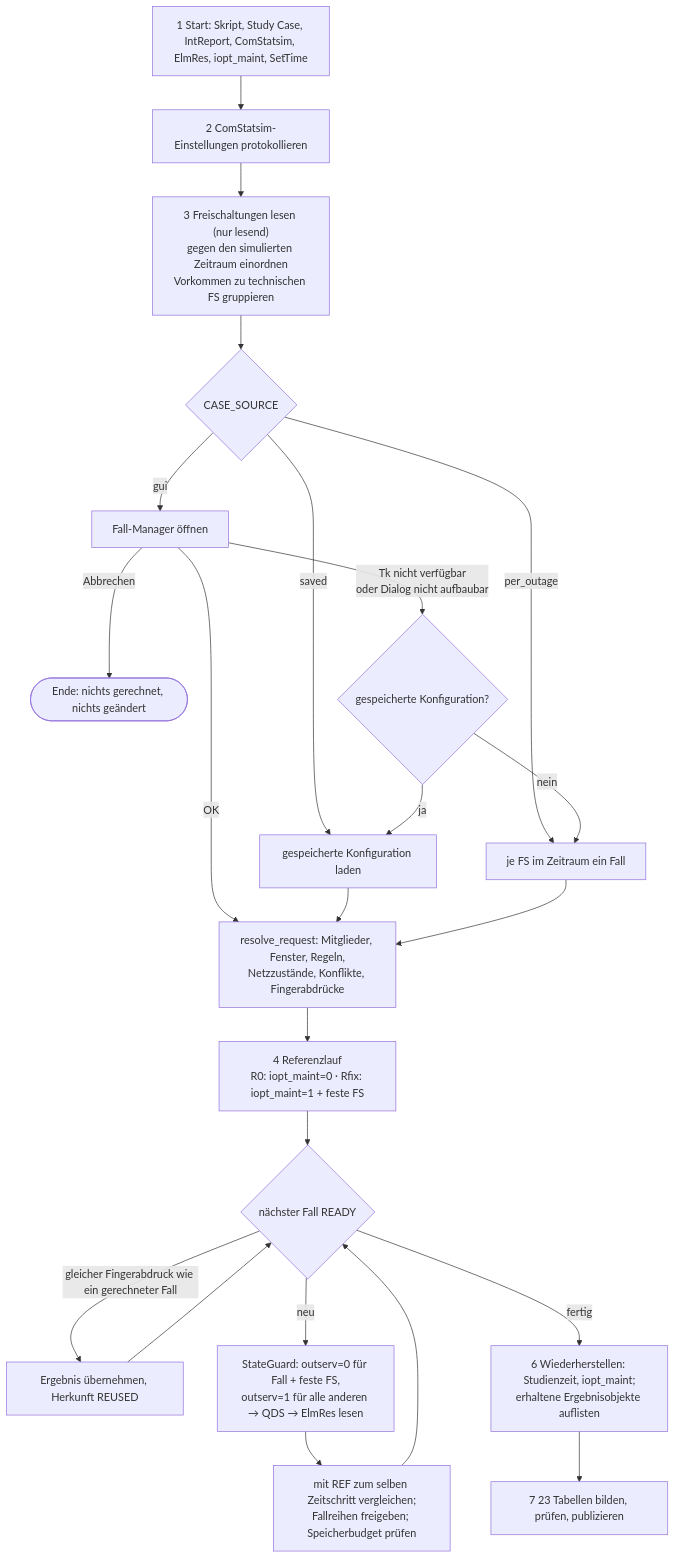
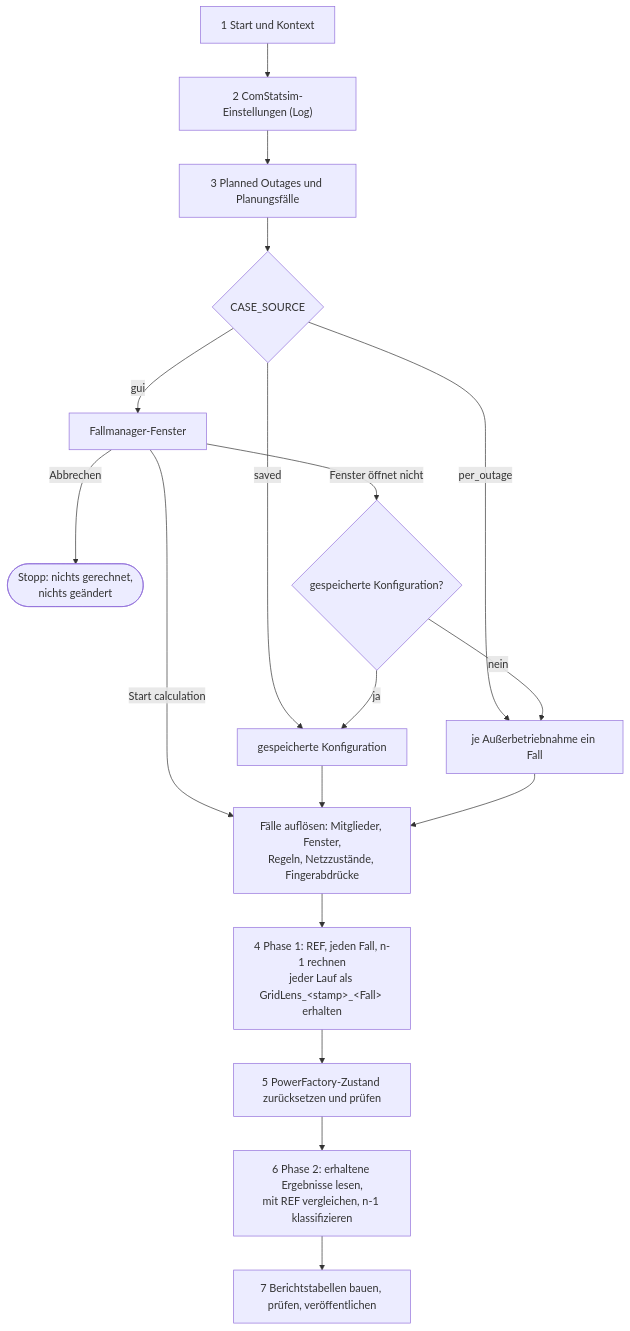
One commit to hadiibrahim-Engin/GridLensAssessment changed the second of 5 diagrams in docs/de/ARCHITEKTUR.md. Above: the diagram before and after it, drawn with Mermaid. The commit also changed other lines of this file and 13 other files, not shown here.

````diff
--- a/docs/de/ARCHITEKTUR.md
+++ b/docs/de/ARCHITEKTUR.md
@@ -159,25 +89,20 @@
 ```mermaid
 flowchart TD
-    S1["1 Start: Skript, Study Case, IntReport, ComStatsim, ElmRes, iopt_maint, SetTime"] --> S2["2 ComStatsim-Einstellungen protokollieren"]
-    S2 --> S3["3 Freischaltungen lesen (nur lesend)<br/>gegen den simulierten Zeitraum einordnen<br/>Vorkommen zu technischen FS gruppieren"]
+    S1["1 Start und Kontext"] --> S2["2 ComStatsim-Einstellungen (Log)"]
+    S2 --> S3["3 Planned Outages und Planungsfälle"]
     S3 --> SRC{"CASE_SOURCE"}
-    SRC -- per_outage --> PO["je FS im Zeitraum ein Fall"]
-    SRC -- saved --> SV["gespeicherte Konfiguration laden"]
-    SRC -- gui --> G["Fall-Manager öffnen"]
-    G -- Abbrechen --> X(["Ende: nichts gerechnet, nichts geändert"])
-    G -- "Tk nicht verfügbar<br/>oder Dialog nicht aufbaubar" --> FB{"gespeicherte Konfiguration?"}
+    SRC -- gui --> G["Fallmanager-Fenster"]
+    SRC -- saved --> SV["gespeicherte Konfiguration"]
+    SRC -- per_outage --> PO["je Außerbetriebnahme ein Fall"]
+    G -- Abbrechen --> X(["Stopp: nichts gerechnet,<br/>nichts geändert"])
+    G -- "Fenster öffnet nicht" --> FB{"gespeicherte Konfiguration?"}
     FB -- ja --> SV
     FB -- nein --> PO
-    G -- OK --> RQ
+    G -- "Start calculation" --> RQ
     SV --> RQ
-    PO --> RQ["resolve_request: Mitglieder, Fenster, Regeln,<br/>Netzzustände, Konflikte, Fingerabdrücke"]
-    RQ --> S4["4 Referenzlauf<br/>R0: iopt_maint=0 · Rfix: iopt_maint=1 + feste FS"]
-    S4 --> LOOP{"nächster Fall READY"}
-    LOOP -- "gleicher Fingerabdruck wie ein gerechneter Fall" --> REUSE["Ergebnis übernehmen, Herkunft REUSED"]
-    LOOP -- neu --> RUN["StateGuard: outserv=0 für Fall + feste FS,<br/>outserv=1 für alle anderen → QDS → ElmRes lesen"]
-    RUN --> CMP["mit REF zum selben Zeitschritt vergleichen;<br/>Fallreihen freigeben; Speicherbudget prüfen"]
-    CMP --> LOOP
-    REUSE --> LOOP
-    LOOP -- fertig --> S6["6 Wiederherstellen: Studienzeit, iopt_maint;<br/>erhaltene Ergebnisobjekte auflisten"]
-    S6 --> S7["7 23 Tabellen bilden, prüfen, publizieren"]
+    PO --> RQ["Fälle auflösen: Mitglieder, Fenster,<br/>Regeln, Netzzustände, Fingerabdrücke"]
+    RQ --> S4["4 Phase 1: REF, jeden Fall, n-1 rechnen<br/>jeder Lauf als GridLens_&lt;stamp&gt;_&lt;Fall&gt; erhalten"]
+    S4 --> S5["5 PowerFactory-Zustand zurücksetzen und prüfen"]
+    S5 --> S6["6 Phase 2: erhaltene Ergebnisse lesen,<br/>mit REF vergleichen, n-1 klassifizieren"]
+    S6 --> S7["7 Berichtstabellen bauen, prüfen, veröffentlichen"]
 ```
````
